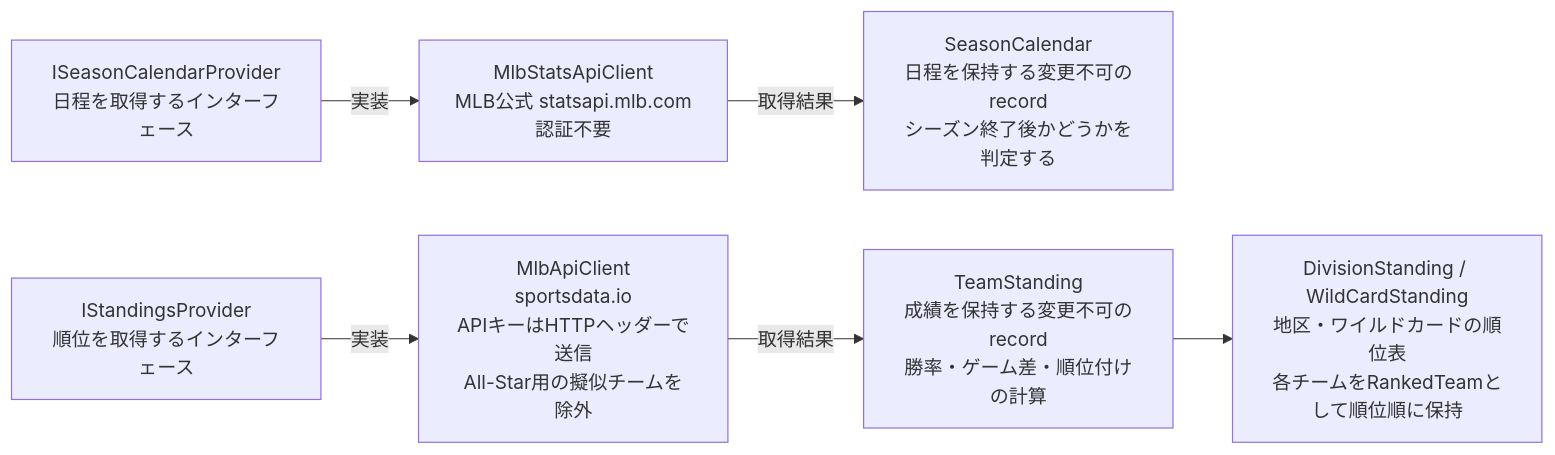
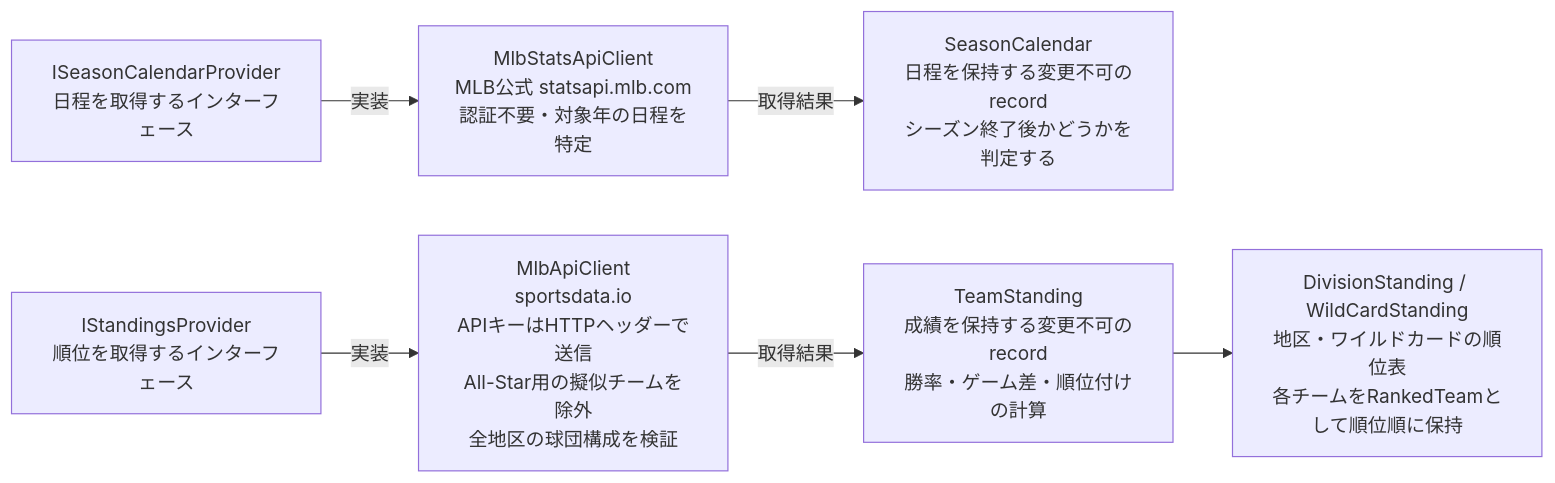
Before and after one commit to shin4488/MlbBot: the second of 4 diagrams in README.md, drawn with Mermaid. The commit also changed 9 other files, not shown here.

````diff
--- a/README.md
+++ b/README.md
@@ -28,15 +28,15 @@
 ```mermaid
 flowchart LR
-    ISC["ISeasonCalendarProvider<br>日程を取得するインターフェース"] -->|実装| MSC["MlbStatsApiClient<br>MLB公式 statsapi.mlb.com<br>認証不要"]
+    ISC["ISeasonCalendarProvider<br>日程を取得するインターフェース"] -->|実装| MSC["MlbStatsApiClient<br>MLB公式 statsapi.mlb.com<br>認証不要・対象年の日程を特定"]
     MSC -->|取得結果| SC["SeasonCalendar<br>日程を保持する変更不可のrecord<br>シーズン終了後かどうかを判定する"]
-    ISP["IStandingsProvider<br>順位を取得するインターフェース"] -->|実装| MAC["MlbApiClient<br>sportsdata.io<br>APIキーはHTTPヘッダーで送信<br>All-Star用の擬似チームを除外"]
+    ISP["IStandingsProvider<br>順位を取得するインターフェース"] -->|実装| MAC["MlbApiClient<br>sportsdata.io<br>APIキーはHTTPヘッダーで送信<br>All-Star用の擬似チームを除外<br>全地区の球団構成を検証"]
     MAC -->|取得結果| TS["TeamStanding<br>成績を保持する変更不可のrecord<br>勝率・ゲーム差・順位付けの計算"]
     TS --> DS["DivisionStanding / WildCardStanding<br>地区・ワイルドカードの順位表<br>各チームをRankedTeamとして順位順に保持"]
     click ISC "TwitterMlbBot/Mlb/ISeasonCalendarProvider.cs"
     click MSC "TwitterMlbBot/Mlb/MlbStatsApiClient.cs"
     click SC "TwitterMlbBot/Mlb/SeasonCalendar.cs"
     click ISP "TwitterMlbBot/Mlb/IStandingsProvider.cs"
     click MAC "TwitterMlbBot/Mlb/MlbApiClient.cs"
     click TS "TwitterMlbBot/Mlb/TeamStanding.cs"
     click DS "TwitterMlbBot/Mlb/"
 ```
````
